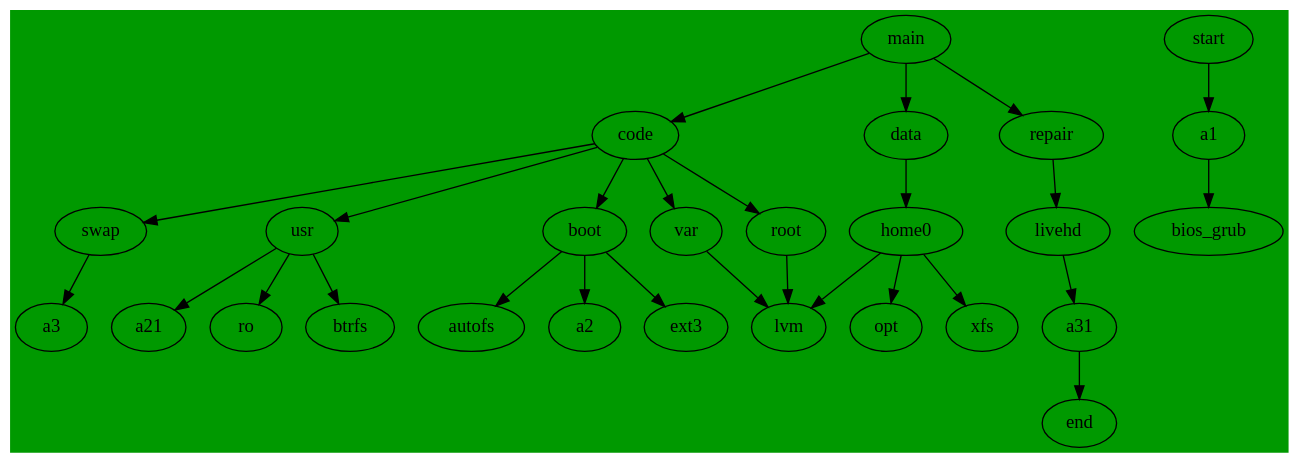
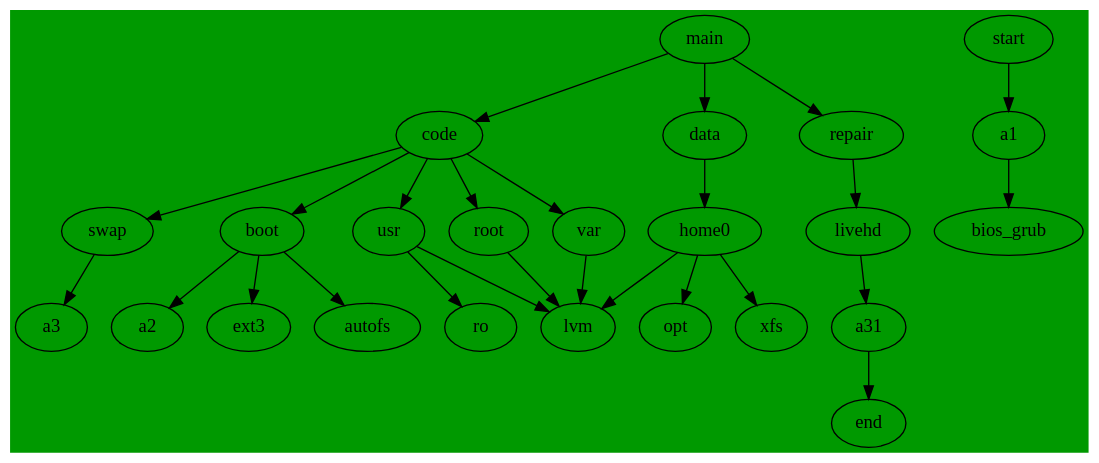
One commit to cdede/dotfiles changed the diagram in dot/.config/dupl/parted.dot. Above: the diagram before and after it, drawn with Graphviz.

Commit message:
btrfs 0.19 ,usr change ext4 back

```diff
--- a/dot/.config/dupl/parted.dot
+++ b/dot/.config/dupl/parted.dot
@@ -1,35 +1,34 @@
 // dot -Tpng  parted.dot -o line1.png
 //  default ext4
 digraph G {
   bgcolor ="#009900";
   main->code;
   main->data;
   main->repair;
 
   start->a1;
   a1->bios_grub;
   a31->end;
 
   code->boot;
   code->root;
   code->var;
   code->swap;
   code->usr;
   root ->lvm;
   var->lvm;
   swap->a3;
   boot->a2;
   boot->ext3;
   boot->autofs;
-  usr->btrfs;
-  usr->a21;
+  usr->lvm;
   usr ->ro;
 
   repair->livehd;
   livehd->a31;
 
   data->home0;
   home0->lvm;
   home0->xfs;
   home0->opt;
 }
```
